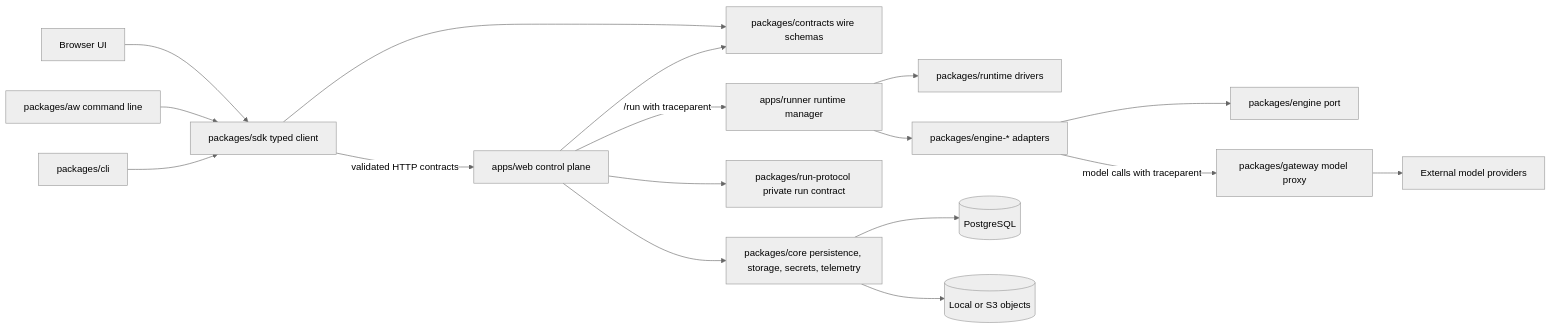
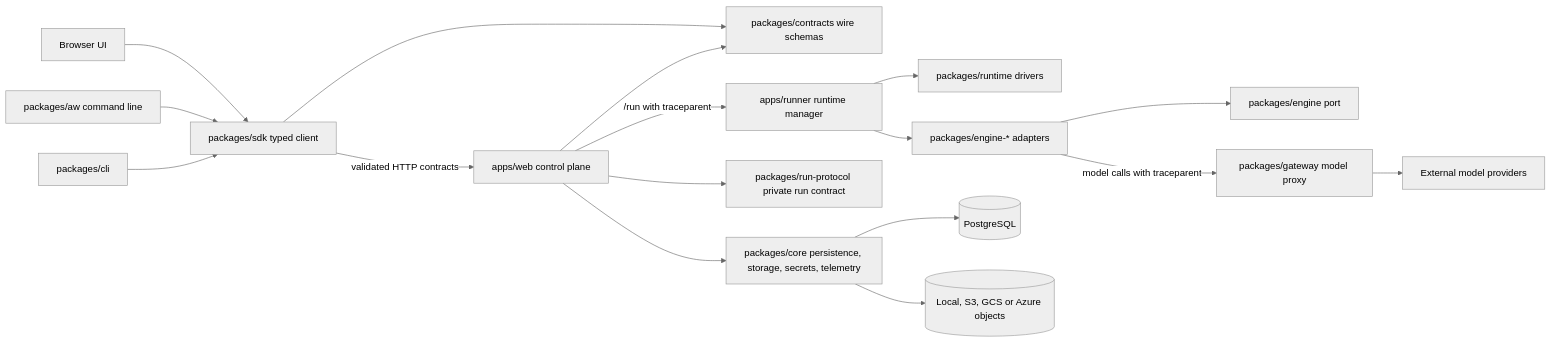
Before and after one commit to indxjp/agent-workspace: the first of 3 diagrams in docs/architecture.md, drawn with Mermaid (neutral theme). The commit also changed other lines of this file and 743 other files, not shown here.

````diff
--- a/docs/architecture.md
+++ b/docs/architecture.md
@@ -19,19 +19,19 @@
 ```mermaid
 flowchart LR
   Browser[Browser UI] --> SDK[packages/sdk typed client]
   AW[packages/aw command line] --> SDK
   CLI[packages/cli] --> SDK
   SDK -->|validated HTTP contracts| Web[apps/web control plane]
   SDK --> Contracts[packages/contracts wire schemas]
   Web --> Contracts
   Web --> Core[packages/core persistence, storage, secrets, telemetry]
   Web --> RunProtocol[packages/run-protocol private run contract]
   Web -->|/run with traceparent| Runner[apps/runner runtime manager]
   Runner --> Runtime[packages/runtime drivers]
   Runner --> Adapters[packages/engine-* adapters]
   Adapters --> Engine[packages/engine port]
   Adapters -->|model calls with traceparent| Gateway[packages/gateway model proxy]
   Gateway --> Providers[External model providers]
   Core --> PostgreSQL[(PostgreSQL)]
-  Core --> Objects[(Local or S3 objects)]
+  Core --> Objects[(Local, S3, GCS or Azure objects)]
 ```
````
